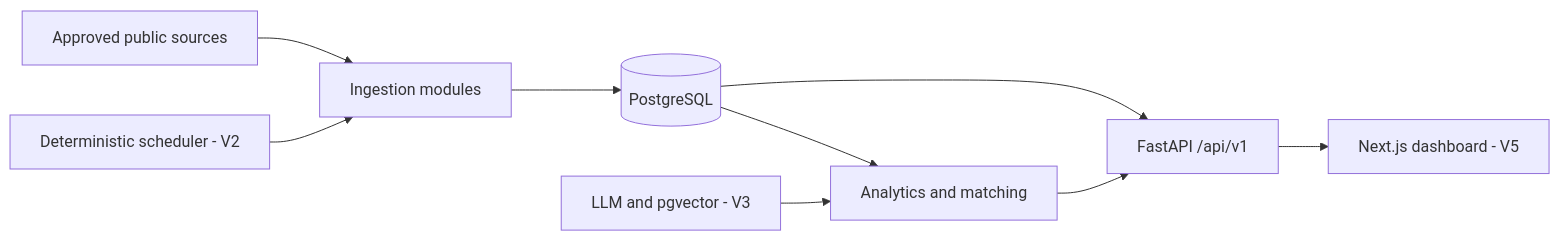
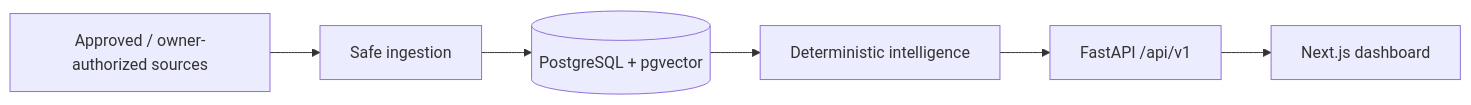
Before and after one commit to HPhucTV/DevRadar: the diagram in README.md, drawn with Mermaid. The commit also changed other lines of this file, not shown here.

````diff
--- a/README.md
+++ b/README.md
@@ -44,11 +61,8 @@
 ```mermaid
 flowchart LR
-    S["Approved public sources"] --> I["Ingestion modules"]
-    I --> P[("PostgreSQL")]
-    P --> A["FastAPI /api/v1"]
-    P --> X["Analytics and matching"]
-    X --> A
-    A --> W["Next.js dashboard - V5"]
-    O["Deterministic scheduler - V2"] --> I
-    L["LLM and pgvector - V3"] --> X
+    S["Approved / owner-authorized sources"] --> I["Safe ingestion"]
+    I --> P[("PostgreSQL + pgvector")]
+    P --> X["Deterministic intelligence"]
+    X --> A["FastAPI /api/v1"]
+    A --> W["Next.js dashboard"]
 ```
````
